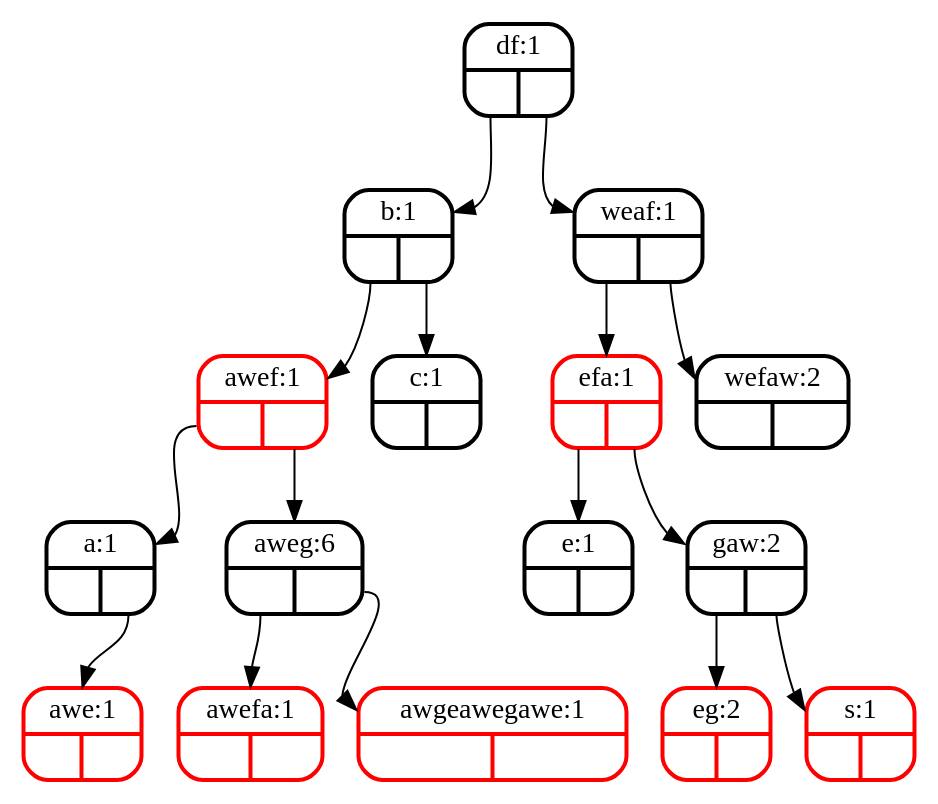
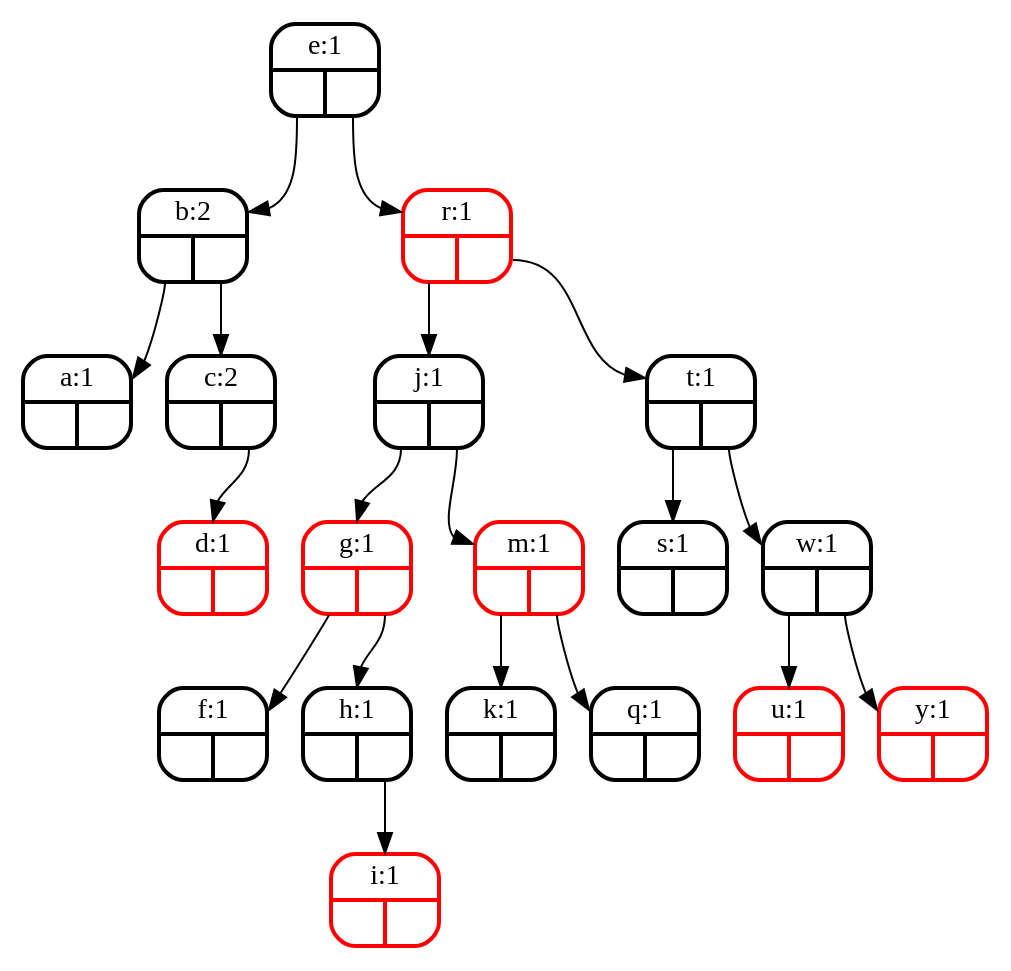
Before and after one commit to bencravens/spellchecker: the diagram in tree-view.dot, drawn with Graphviz. The commit also changed 4 other files, not shown here.

```diff
--- a/tree-view.dot
+++ b/tree-view.dot
@@ -1,34 +1,40 @@
 digraph tree {
 node [shape = Mrecord, penwidth = 2];
-"df"[label="{<f0>df:1|{<f1>|<f2>}}"color=black];
-"b"[label="{<f0>b:1|{<f1>|<f2>}}"color=black];
-"awef"[label="{<f0>awef:1|{<f1>|<f2>}}"color=red];
+"e"[label="{<f0>e:1|{<f1>|<f2>}}"color=black];
+"b"[label="{<f0>b:2|{<f1>|<f2>}}"color=black];
 "a"[label="{<f0>a:1|{<f1>|<f2>}}"color=black];
-"awe"[label="{<f0>awe:1|{<f1>|<f2>}}"color=red];
-"a":f2 -> "awe":f0;
-"awef":f1 -> "a":f0;
-"aweg"[label="{<f0>aweg:6|{<f1>|<f2>}}"color=black];
-"awefa"[label="{<f0>awefa:1|{<f1>|<f2>}}"color=red];
-"aweg":f1 -> "awefa":f0;
-"awgeawegawe"[label="{<f0>awgeawegawe:1|{<f1>|<f2>}}"color=red];
-"aweg":f2 -> "awgeawegawe":f0;
-"awef":f2 -> "aweg":f0;
-"b":f1 -> "awef":f0;
-"c"[label="{<f0>c:1|{<f1>|<f2>}}"color=black];
+"b":f1 -> "a":f0;
+"c"[label="{<f0>c:2|{<f1>|<f2>}}"color=black];
+"d"[label="{<f0>d:1|{<f1>|<f2>}}"color=red];
+"c":f2 -> "d":f0;
 "b":f2 -> "c":f0;
-"df":f1 -> "b":f0;
-"weaf"[label="{<f0>weaf:1|{<f1>|<f2>}}"color=black];
-"efa"[label="{<f0>efa:1|{<f1>|<f2>}}"color=red];
-"e"[label="{<f0>e:1|{<f1>|<f2>}}"color=black];
-"efa":f1 -> "e":f0;
-"gaw"[label="{<f0>gaw:2|{<f1>|<f2>}}"color=black];
-"eg"[label="{<f0>eg:2|{<f1>|<f2>}}"color=red];
-"gaw":f1 -> "eg":f0;
-"s"[label="{<f0>s:1|{<f1>|<f2>}}"color=red];
-"gaw":f2 -> "s":f0;
-"efa":f2 -> "gaw":f0;
-"weaf":f1 -> "efa":f0;
-"wefaw"[label="{<f0>wefaw:2|{<f1>|<f2>}}"color=black];
-"weaf":f2 -> "wefaw":f0;
-"df":f2 -> "weaf":f0;
+"e":f1 -> "b":f0;
+"r"[label="{<f0>r:1|{<f1>|<f2>}}"color=red];
+"j"[label="{<f0>j:1|{<f1>|<f2>}}"color=black];
+"g"[label="{<f0>g:1|{<f1>|<f2>}}"color=red];
+"f"[label="{<f0>f:1|{<f1>|<f2>}}"color=black];
+"g":f1 -> "f":f0;
+"h"[label="{<f0>h:1|{<f1>|<f2>}}"color=black];
+"i"[label="{<f0>i:1|{<f1>|<f2>}}"color=red];
+"h":f2 -> "i":f0;
+"g":f2 -> "h":f0;
+"j":f1 -> "g":f0;
+"m"[label="{<f0>m:1|{<f1>|<f2>}}"color=red];
+"k"[label="{<f0>k:1|{<f1>|<f2>}}"color=black];
+"m":f1 -> "k":f0;
+"q"[label="{<f0>q:1|{<f1>|<f2>}}"color=black];
+"m":f2 -> "q":f0;
+"j":f2 -> "m":f0;
+"r":f1 -> "j":f0;
+"t"[label="{<f0>t:1|{<f1>|<f2>}}"color=black];
+"s"[label="{<f0>s:1|{<f1>|<f2>}}"color=black];
+"t":f1 -> "s":f0;
+"w"[label="{<f0>w:1|{<f1>|<f2>}}"color=black];
+"u"[label="{<f0>u:1|{<f1>|<f2>}}"color=red];
+"w":f1 -> "u":f0;
+"y"[label="{<f0>y:1|{<f1>|<f2>}}"color=red];
+"w":f2 -> "y":f0;
+"t":f2 -> "w":f0;
+"r":f2 -> "t":f0;
+"e":f2 -> "r":f0;
 }
```
